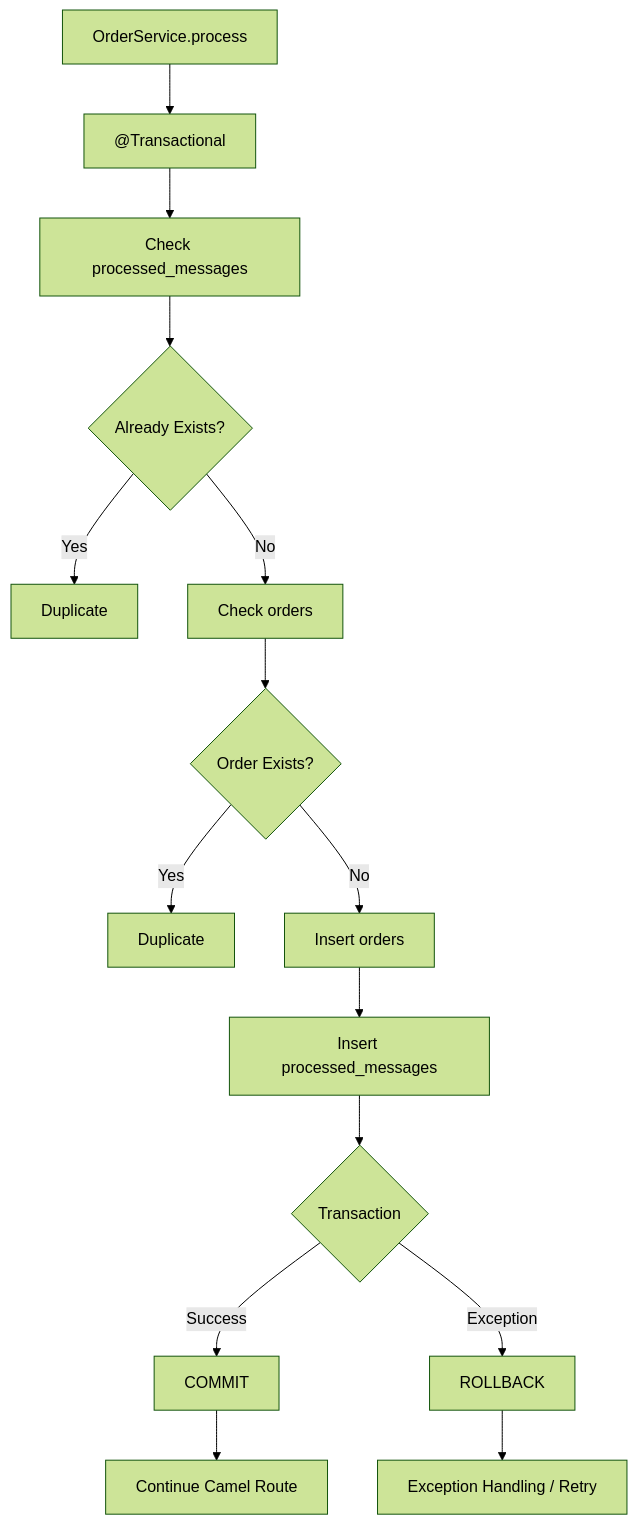
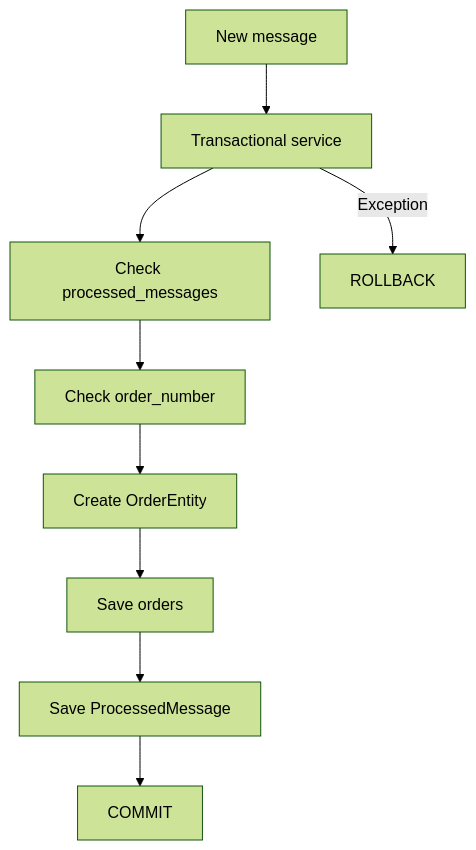
Before and after one commit to kaushleshtripathi/spring-boot-camel-artemis-xml-dsl-postgresql: the fifth of 9 diagrams in README.md, drawn with Mermaid (forest theme). The commit also changed other lines of this file and 1 other file, not shown here.

````diff
--- a/README.md
+++ b/README.md
@@ -702,29 +340,12 @@
 ```mermaid
 flowchart TD
+    A["New message"] --> B["Transactional service"]
+    B --> C["Check processed_messages"]
+    C --> D["Check order_number"]
+    D --> E["Create OrderEntity"]
+    E --> F["Save orders"]
+    F --> G["Save ProcessedMessage"]
+    G --> H["COMMIT"]
 
-    A[OrderService.process] --> B["@Transactional"]
-
-    B --> C[Check processed_messages]
-
-    C --> D{Already Exists?}
-
-    D -->|Yes| E[Duplicate]
-
-    D -->|No| F[Check orders]
-
-    F --> G{Order Exists?}
-
-    G -->|Yes| H[Duplicate]
-
-    G -->|No| I[Insert orders]
-
-    I --> J[Insert processed_messages]
-
-    J --> K{Transaction}
-
-    K -->|Success| L[COMMIT]
-    K -->|Exception| M[ROLLBACK]
-
-    L --> N[Continue Camel Route]
-    M --> O[Exception Handling / Retry]
+    B -->|Exception| I["ROLLBACK"]
 ```
````
